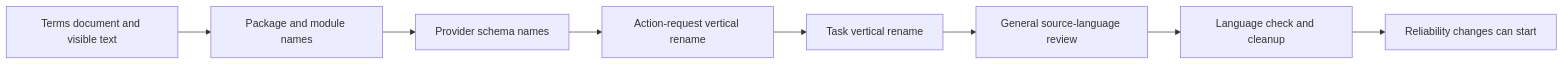
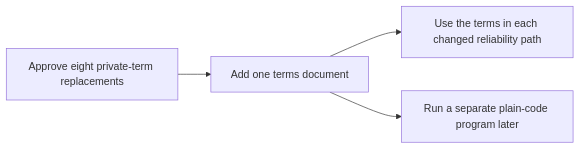
Before and after one commit to kpsuperplane/Noema: the fifth of 29 diagrams in docs/superpowers/plans/2026-08-08-noema-practical-reliability-roadmap.md, drawn with Mermaid. The commit also changed other lines of this file, not shown here.

Commit message:
docs: simplify reliability roadmap

````diff
--- a/docs/superpowers/plans/2026-08-08-noema-practical-reliability-roadmap.md
+++ b/docs/superpowers/plans/2026-08-08-noema-practical-reliability-roadmap.md
@@ -451,13 +326,10 @@
 ```mermaid
 flowchart LR
-    A["Terms document and visible text"]
-    B["Package and module names"]
-    C["Provider schema names"]
-    D["Action-request vertical rename"]
-    E["Task vertical rename"]
-    F["General source-language review"]
-    G["Language check and cleanup"]
-    H["Reliability changes can start"]
+    A["Approve eight private-term replacements"]
+    B["Add one terms document"]
+    C["Use the terms in each changed reliability path"]
+    D["Run a separate plain-code program later"]
 
-    A --> B --> C --> D --> E --> F --> G --> H
+    A --> B --> C
+    B --> D
 ```
````
